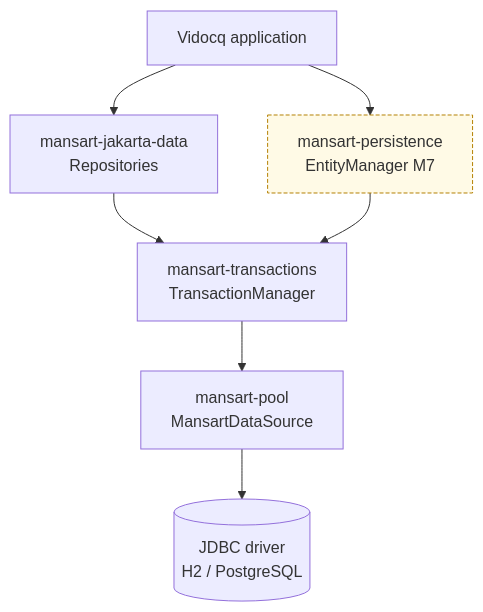
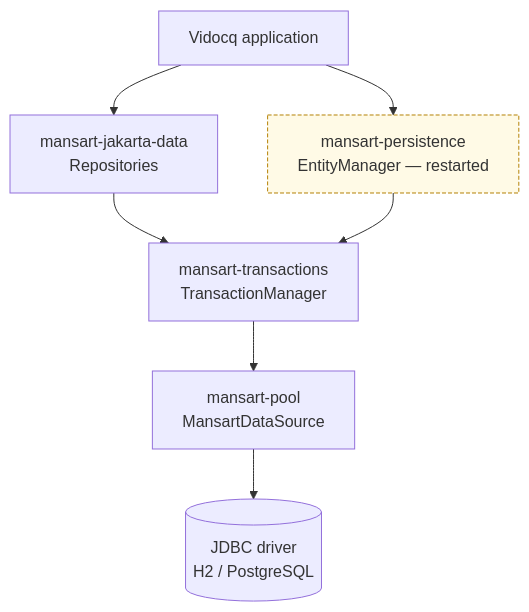
Before and after one commit to vidocq-stack/mansart: the first of 2 diagrams in docs/en/modules/ROOT/pages/index.adoc, drawn with Mermaid. The commit also changed other lines of this file and 7 other files, not shown here.

First line of the commit message:
docs: describe mansart-persistence as restarted, drop the M7 references

```diff
--- a/docs/en/modules/ROOT/pages/index.adoc
+++ b/docs/en/modules/ROOT/pages/index.adoc
@@ -72,13 +72,13 @@
 [mermaid]
 ....
 flowchart TB
     APP[Vidocq application] --> DATA[mansart-jakarta-data<br/>Repositories]
-    APP --> JPA[mansart-persistence<br/>EntityManager M7]
+    APP --> JPA[mansart-persistence<br/>EntityManager — restarted]
     DATA --> TX[mansart-transactions<br/>TransactionManager]
     JPA --> TX
     TX --> POOL[mansart-pool<br/>MansartDataSource]
     POOL --> JDBC[(JDBC driver<br/>H2 / PostgreSQL)]
 
     classDef wait fill:#fffae6,stroke:#b58105,stroke-dasharray: 4 2;
     class JPA wait;
 ....
```
